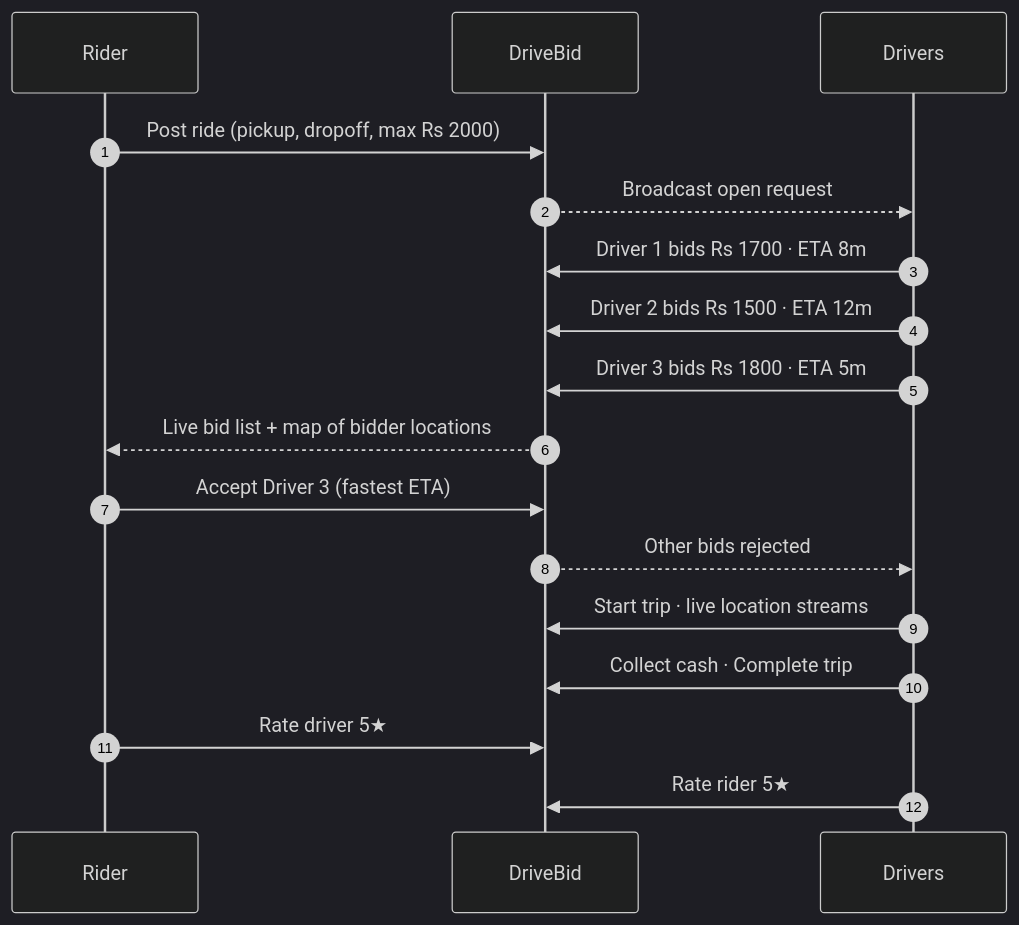
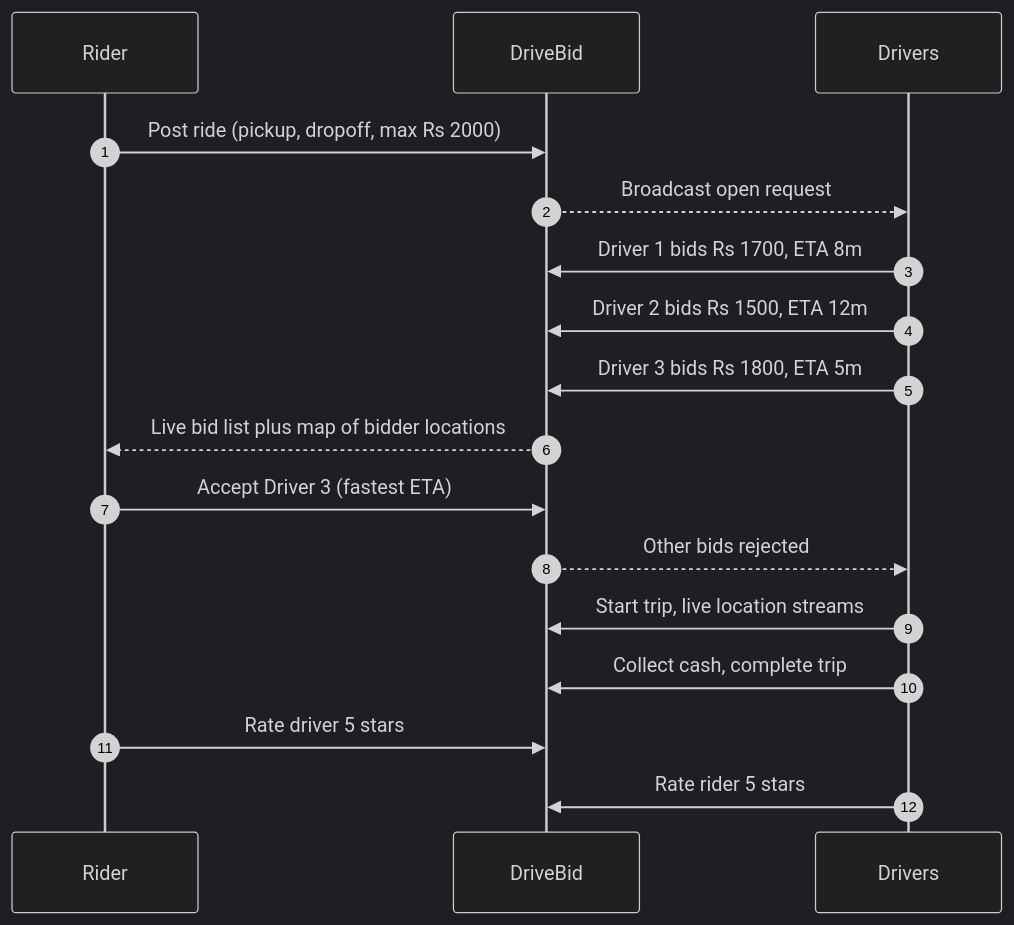
One commit to atifali-pm/drivebid changed the first of 3 diagrams in README.md. Above: the diagram before and after it, drawn with Mermaid (dark theme). The commit also changed other lines of this file, not shown here.

````diff
--- a/README.md
+++ b/README.md
@@ -93,20 +79,20 @@
 ```mermaid
 sequenceDiagram
     autonumber
     participant R as Rider
     participant A as DriveBid
     participant D as Drivers
 
     R->>A: Post ride (pickup, dropoff, max Rs 2000)
     A-->>D: Broadcast open request
-    D->>A: Driver 1 bids Rs 1700 · ETA 8m
-    D->>A: Driver 2 bids Rs 1500 · ETA 12m
-    D->>A: Driver 3 bids Rs 1800 · ETA 5m
-    A-->>R: Live bid list + map of bidder locations
+    D->>A: Driver 1 bids Rs 1700, ETA 8m
+    D->>A: Driver 2 bids Rs 1500, ETA 12m
+    D->>A: Driver 3 bids Rs 1800, ETA 5m
+    A-->>R: Live bid list plus map of bidder locations
     R->>A: Accept Driver 3 (fastest ETA)
     A-->>D: Other bids rejected
-    D->>A: Start trip · live location streams
-    D->>A: Collect cash · Complete trip
-    R->>A: Rate driver 5★
-    D->>A: Rate rider 5★
+    D->>A: Start trip, live location streams
+    D->>A: Collect cash, complete trip
+    R->>A: Rate driver 5 stars
+    D->>A: Rate rider 5 stars
 ```
````
